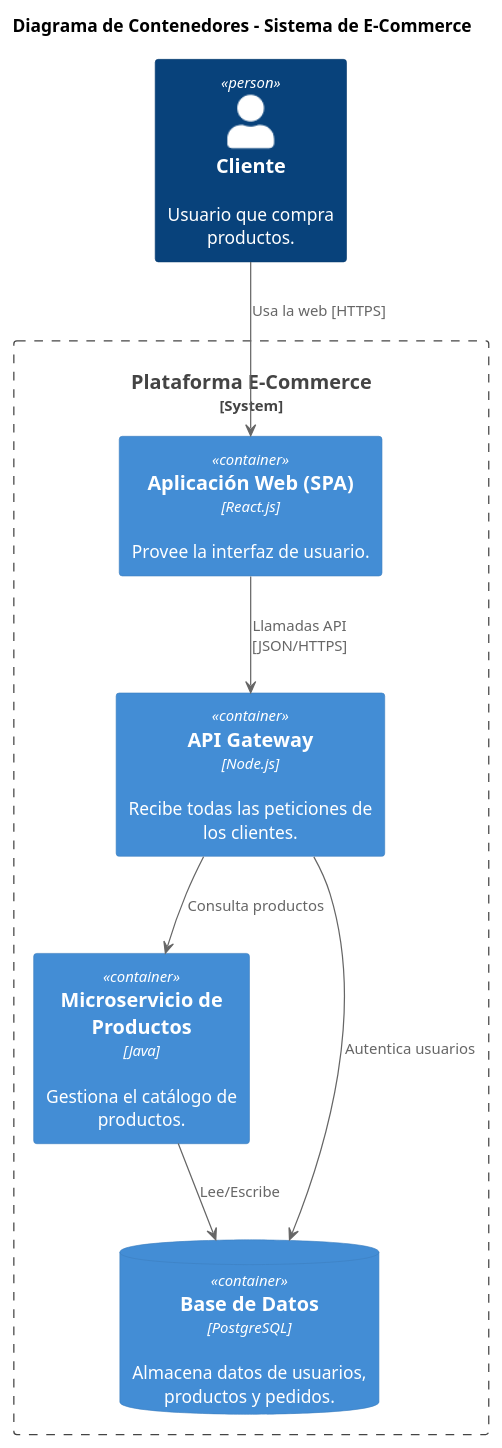
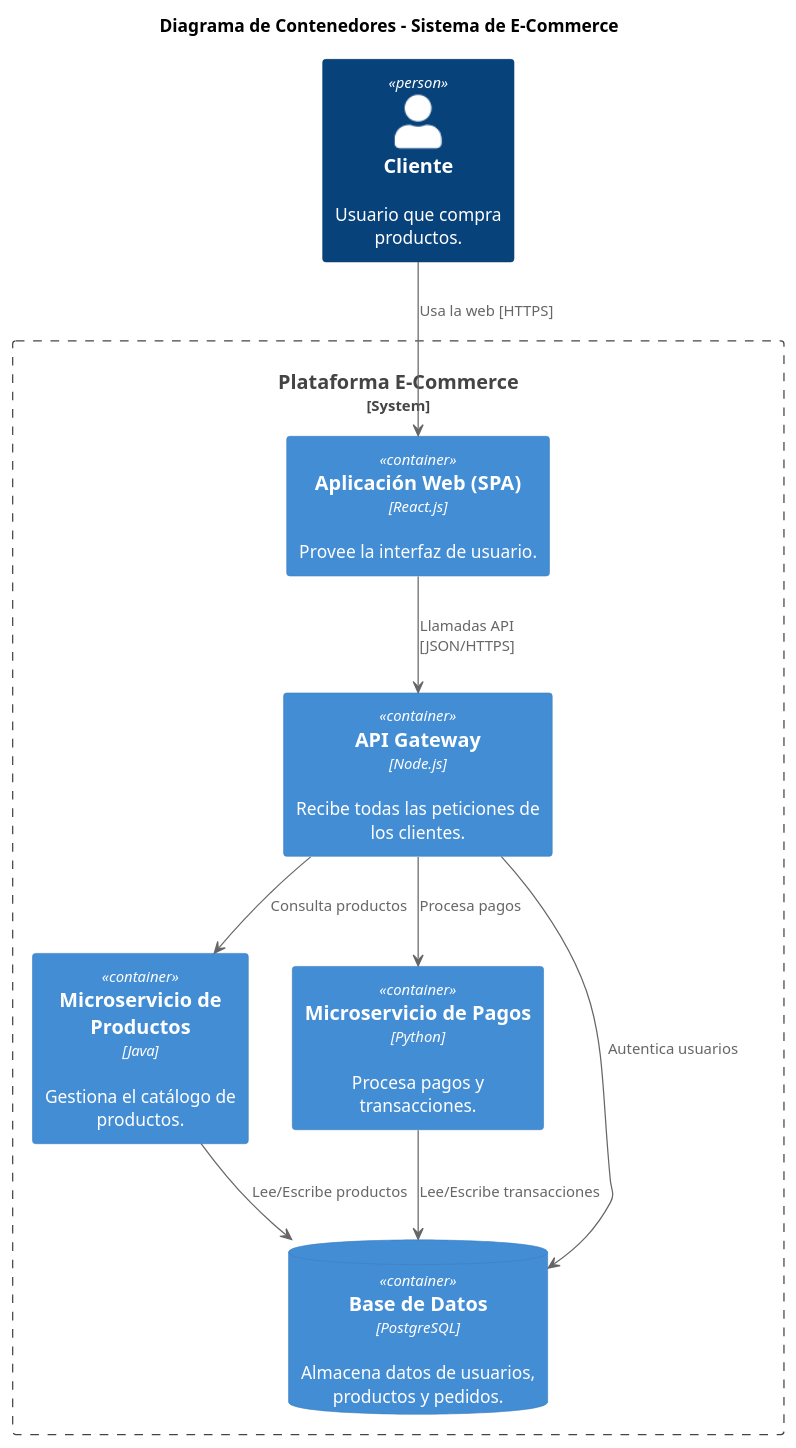
One commit to Carlos-73CK/demo-documentacion-viva changed the diagram in docs/sistema.puml. Above: the diagram before and after it, drawn with PlantUML.

Commit message:
Agregar microservicio de pago al diagrama

```diff
--- a/docs/sistema.puml
+++ b/docs/sistema.puml
@@ -1,19 +1,22 @@
 @startuml
 !include https://raw.githubusercontent.com/plantuml-stdlib/C4-PlantUML/master/C4_Container.puml
 
 title "Diagrama de Contenedores - Sistema de E-Commerce"
 
 Person(user, "Cliente", "Usuario que compra productos.")
 System_Boundary(ecommerce, "Plataforma E-Commerce") {
     Container(spa, "Aplicación Web (SPA)", "React.js", "Provee la interfaz de usuario.")
     Container(api, "API Gateway", "Node.js", "Recibe todas las peticiones de los clientes.")
     Container(servicio_productos, "Microservicio de Productos", "Java", "Gestiona el catálogo de productos.")
+    Container(servicio_pagos, "Microservicio de Pagos", "Python", "Procesa pagos y transacciones.")
     ContainerDb(db, "Base de Datos", "PostgreSQL", "Almacena datos de usuarios, productos y pedidos.")
 }
 
 user --> spa: "Usa la web [HTTPS]"
 spa --> api: "Llamadas API [JSON/HTTPS]"
 api --> servicio_productos: "Consulta productos"
+api --> servicio_pagos: "Procesa pagos"
 api --> db: "Autentica usuarios"
-servicio_productos --> db: "Lee/Escribe"
+servicio_productos --> db: "Lee/Escribe productos"
+servicio_pagos --> db: "Lee/Escribe transacciones"
 @enduml
```
